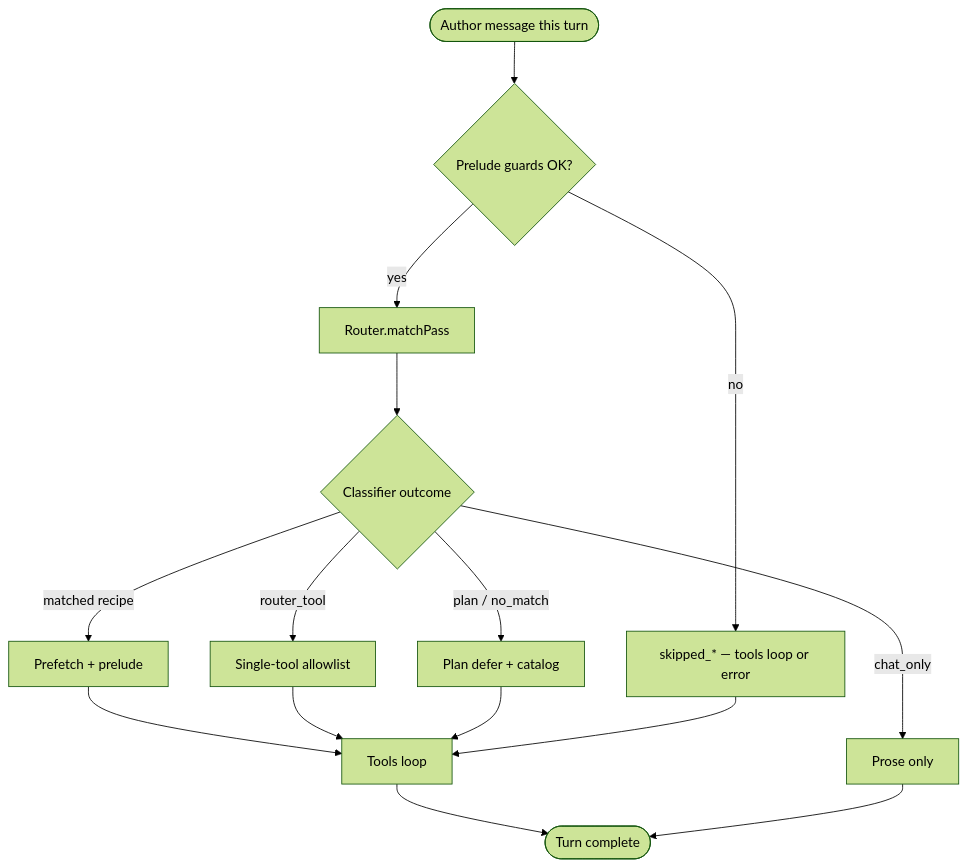
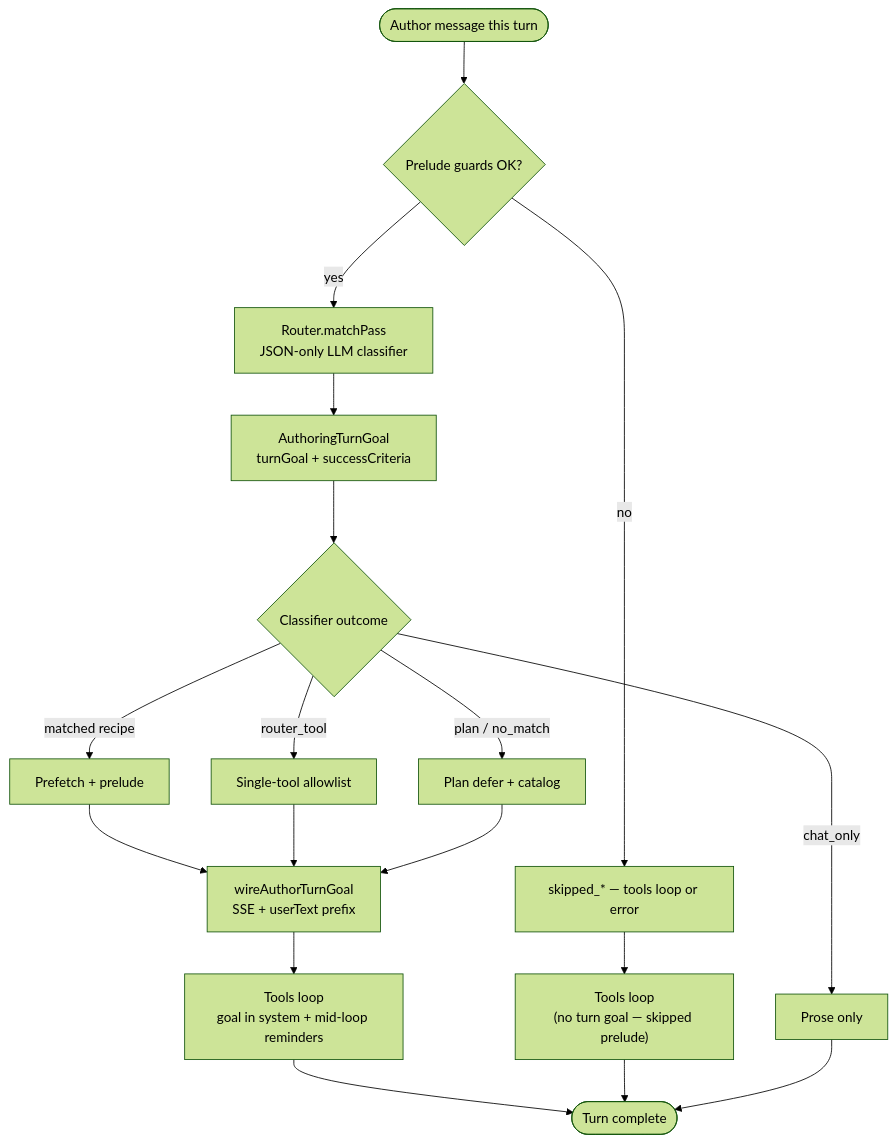
The first of 4 diagrams in docs/internals/intent-recipe-routing.md (craftercms/ai-assistant-plugin), drawn with Mermaid (forest theme) before and after one commit. The commit also changed other lines of this file and 30 other files, not shown here.

Commit message:
Add turn-goal routing, new-content WriteContent validation, and spec/docs/tests.

````diff
--- a/docs/internals/intent-recipe-routing.md
+++ b/docs/internals/intent-recipe-routing.md
@@ -34,17 +34,20 @@
 ```mermaid
 flowchart TD
   Turn([Author message this turn]) --> Pre{Prelude guards OK?}
   Pre -->|no| Skip[skipped_* — tools loop or error]
-  Pre -->|yes| Classify[Router.matchPass]
-  Classify --> Out{Classifier outcome}
+  Pre -->|yes| Classify["Router.matchPass<br/>JSON-only LLM classifier"]
+  Classify --> Goal["AuthoringTurnGoal<br/>turnGoal + successCriteria"]
+  Goal --> Out{Classifier outcome}
   Out -->|matched recipe| Recipe[Prefetch + prelude]
   Out -->|chat_only| Prose[Prose only]
   Out -->|router_tool| OneTool[Single-tool allowlist]
   Out -->|plan / no_match| PlanHint[Plan defer + catalog]
-  Recipe --> Loop[Tools loop]
-  OneTool --> Loop
-  PlanHint --> Loop
-  Skip --> Loop
-  Loop --> Done([Turn complete])
+  Recipe --> Wire["wireAuthorTurnGoal<br/>SSE + userText prefix"]
+  OneTool --> Wire
+  PlanHint --> Wire
+  Skip --> Loop["Tools loop<br/>(no turn goal — skipped prelude)"]
+  Wire --> LoopGoal["Tools loop<br/>goal in system + mid-loop reminders"]
+  LoopGoal --> Done([Turn complete])
+  Loop --> Done
   Prose --> Done
 ```
````
